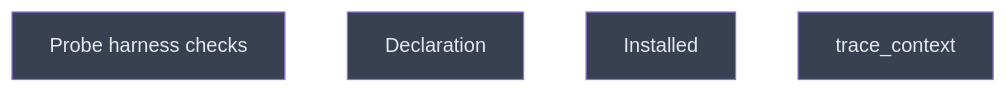
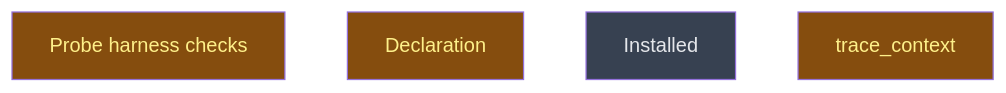
One commit to CrackingShells/Candler changed the diagram in __roadmap__/m6_5-agent-config/README.md. Above: the diagram before and after it, drawn with Mermaid. The commit also changed other lines of this file, not shown here.

````diff
--- a/__roadmap__/m6_5-agent-config/README.md
+++ b/__roadmap__/m6_5-agent-config/README.md
@@ -21,12 +21,12 @@
 ```mermaid
 graph TD
-    probe_harness_checks[Probe harness checks]:::planned
-    declaration[Declaration]:::planned
+    probe_harness_checks[Probe harness checks]:::inprogress
+    declaration[Declaration]:::inprogress
     installed[Installed]:::planned
-    trace_context[trace_context]:::planned
+    trace_context[trace_context]:::inprogress
     classDef done       fill:#166534,color:#bbf7d0
     classDef inprogress fill:#854d0e,color:#fef08a
     classDef planned    fill:#374151,color:#e5e7eb
     classDef amendment  fill:#1e3a5f,color:#bfdbfe
     classDef blocked    fill:#7f1d1d,color:#fecaca
 ```
````
